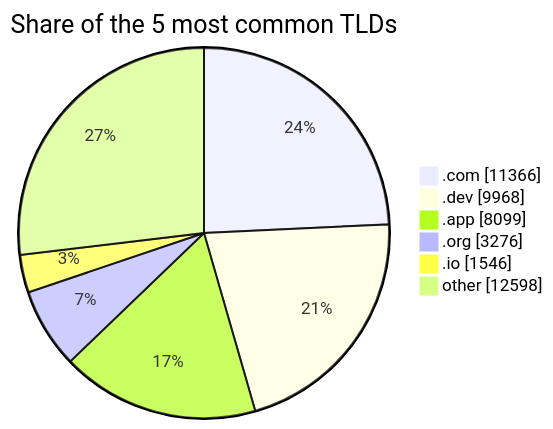
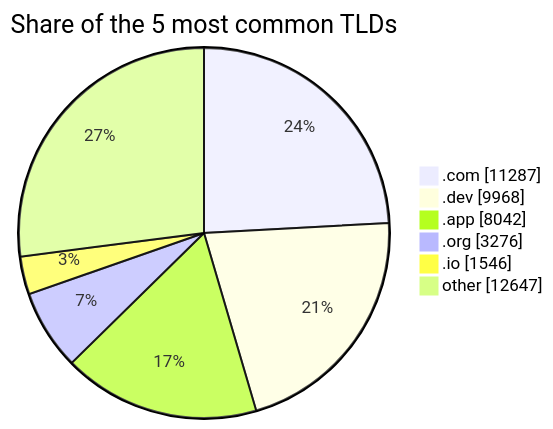
The third of 3 diagrams in README.md (DNSBunker/CTI), drawn with Mermaid before and after one commit. The commit also changed other lines of this file and 3 other files, not shown here.

````diff
--- a/README.md
+++ b/README.md
@@ -81,9 +81,9 @@
 ```mermaid
 pie showData title Share of the 5 most common TLDs
-    ".com" : 11366
+    ".com" : 11287
     ".dev" : 9968
-    ".app" : 8099
+    ".app" : 8042
     ".org" : 3276
     ".io" : 1546
-    "other" : 12598
+    "other" : 12647
 ```
````
